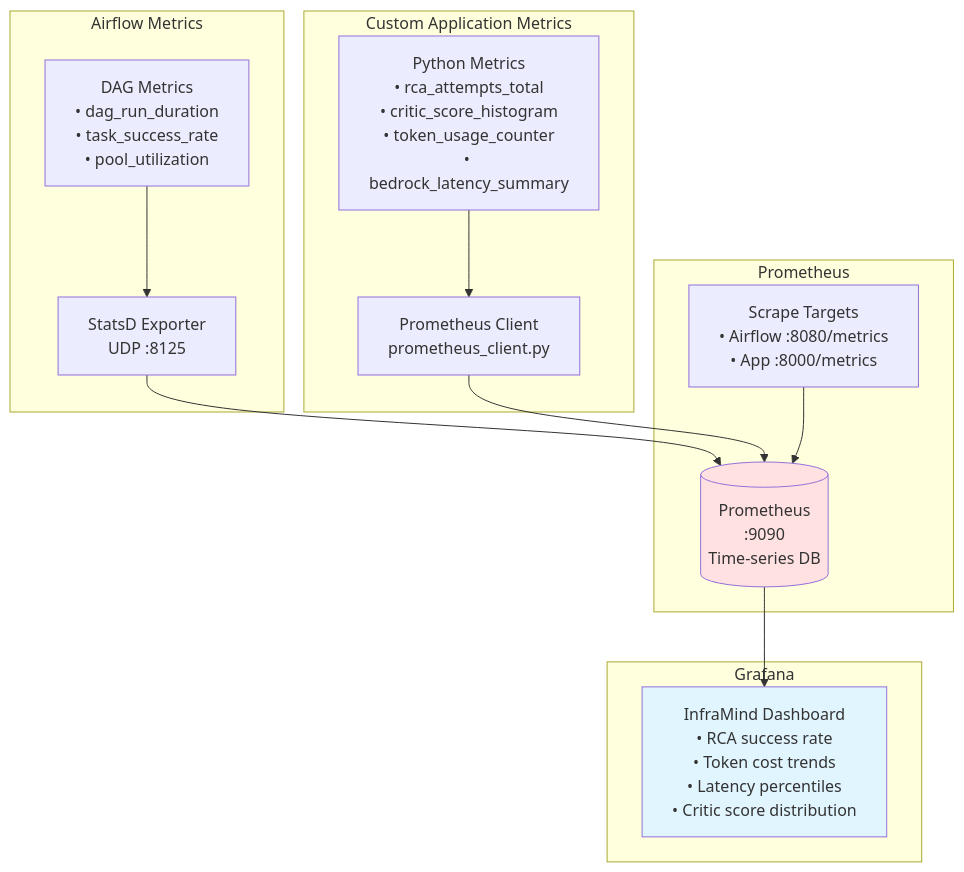
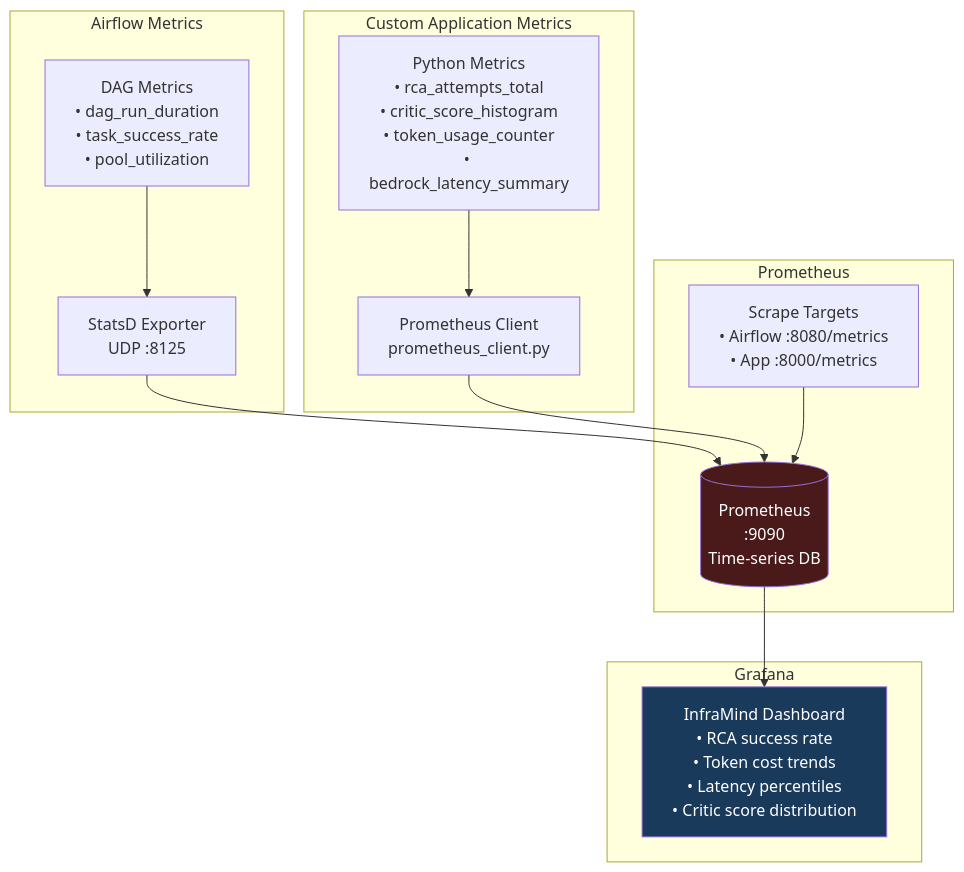
One commit to nasim-raj-laskar/InfraMind changed diagram 16 of 16 in README.md. Above: the diagram before and after it, drawn with Mermaid. The commit also changed other lines of this file and 1 other file, not shown here.

````diff
--- a/README.md
+++ b/README.md
@@ -1029,31 +993,31 @@
 ```mermaid
 graph TB
     subgraph "Airflow Metrics"
         DAG_METRICS["DAG Metrics<br/>• dag_run_duration<br/>• task_success_rate<br/>• pool_utilization"]
         STATSD["StatsD Exporter<br/>UDP :8125"]
     end
     
     subgraph "Custom Application Metrics"
         APP_METRICS["Python Metrics<br/>• rca_attempts_total<br/>• critic_score_histogram<br/>• token_usage_counter<br/>• bedrock_latency_summary"]
         PROM_CLIENT["Prometheus Client<br/>prometheus_client.py"]
     end
     
     subgraph "Prometheus"
         PROM[("Prometheus<br/>:9090<br/>Time-series DB")]
         SCRAPE["Scrape Targets<br/>• Airflow :8080/metrics<br/>• App :8000/metrics"]
     end
     
     subgraph "Grafana"
         DASH["InfraMind Dashboard<br/>• RCA success rate<br/>• Token cost trends<br/>• Latency percentiles<br/>• Critic score distribution"]
     end
     
     DAG_METRICS --> STATSD
     STATSD --> PROM
     APP_METRICS --> PROM_CLIENT
     PROM_CLIENT --> PROM
     SCRAPE --> PROM
     PROM --> DASH
     
-    style PROM fill:#ffe1e1
-    style DASH fill:#e1f5ff
+    style PROM fill:#4a1a1a,color:#fff
+    style DASH fill:#1a3a5c,color:#fff
 ```
````
